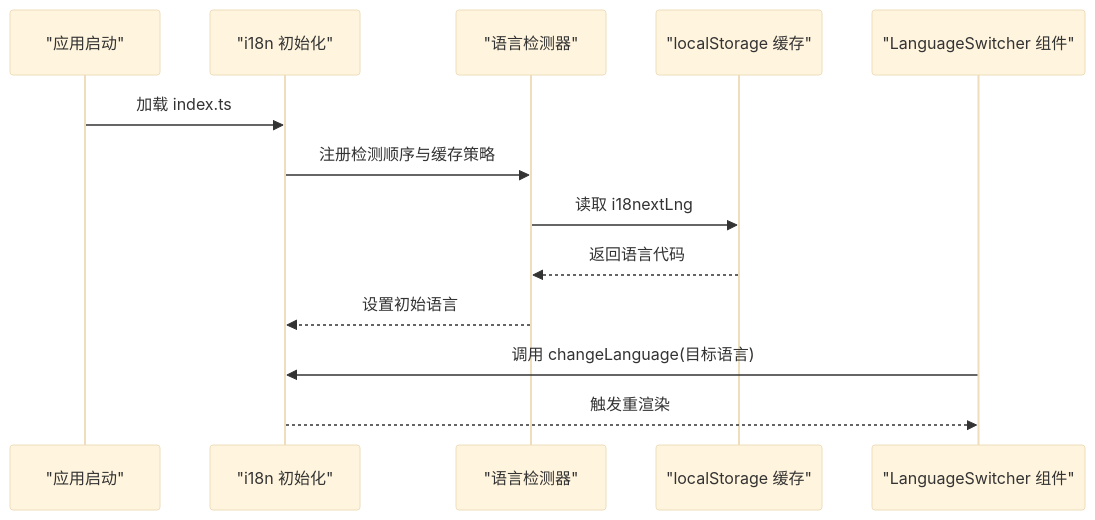
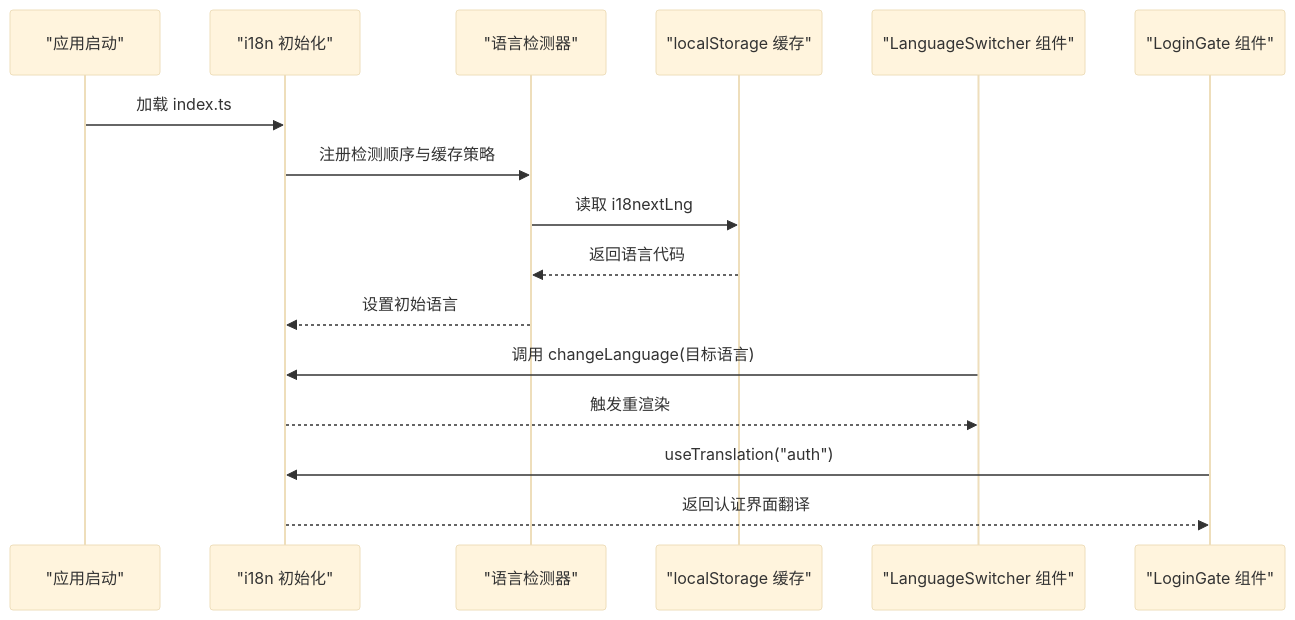
One commit to WW-AI-Lab/openclaw-office changed the second of 6 diagrams in .qoder/repowiki/zh/content/国际化系统.md. Above: the diagram before and after it, drawn with Mermaid (base theme). The commit also changed other lines of this file and 9 other files, not shown here.

````diff
--- a/.qoder/repowiki/zh/content/国际化系统.md
+++ b/.qoder/repowiki/zh/content/国际化系统.md
@@ -107,15 +130,18 @@
 ```mermaid
 sequenceDiagram
 participant App as "应用启动"
 participant Init as "i18n 初始化"
 participant Detector as "语言检测器"
 participant Cache as "localStorage 缓存"
 participant Comp as "LanguageSwitcher 组件"
+participant Auth as "LoginGate 组件"
 App->>Init : 加载 index.ts
 Init->>Detector : 注册检测顺序与缓存策略
 Detector->>Cache : 读取 i18nextLng
 Cache-->>Detector : 返回语言代码
 Detector-->>Init : 设置初始语言
 Comp->>Init : 调用 changeLanguage(目标语言)
 Init-->>Comp : 触发重渲染
+Auth->>Init : useTranslation("auth")
+Init-->>Auth : 返回认证界面翻译
 ```
````
